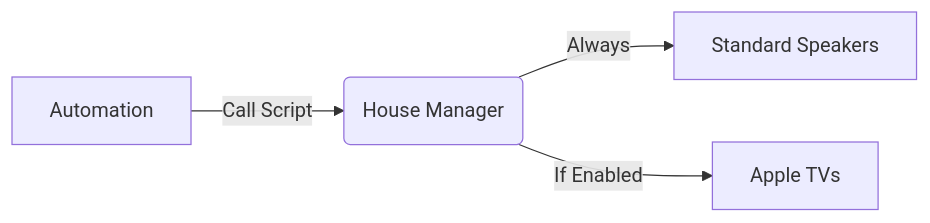
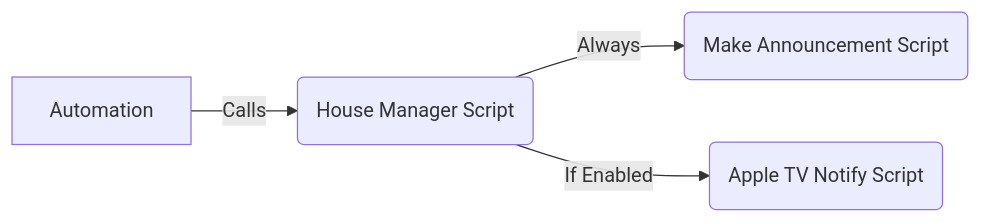
Before and after one commit to Combatchuck/home_assistant_blueprints: the diagram in scripts/Notifications/House Notification Manager/HOUSE_NOTIFICATION_MANAGER.md, drawn with Mermaid. The commit also changed other lines of this file and 7 other files, not shown here.

````diff
--- a/scripts/Notifications/House Notification Manager/HOUSE_NOTIFICATION_MANAGER.md
+++ b/scripts/Notifications/House Notification Manager/HOUSE_NOTIFICATION_MANAGER.md
@@ -22,7 +14,6 @@
 ```mermaid
 graph LR
-    A[Automation] -->|Call Script| B(House Manager)
-    B -->|Always| C[Standard Speakers]
-    B -->|If Enabled| D[Apple TVs]
-
+    A[Automation] -->|Calls| B(House Manager Script)
+    B -->|Always| C(Make Announcement Script)
+    B -->|If Enabled| D(Apple TV Notify Script)
 ```
````
